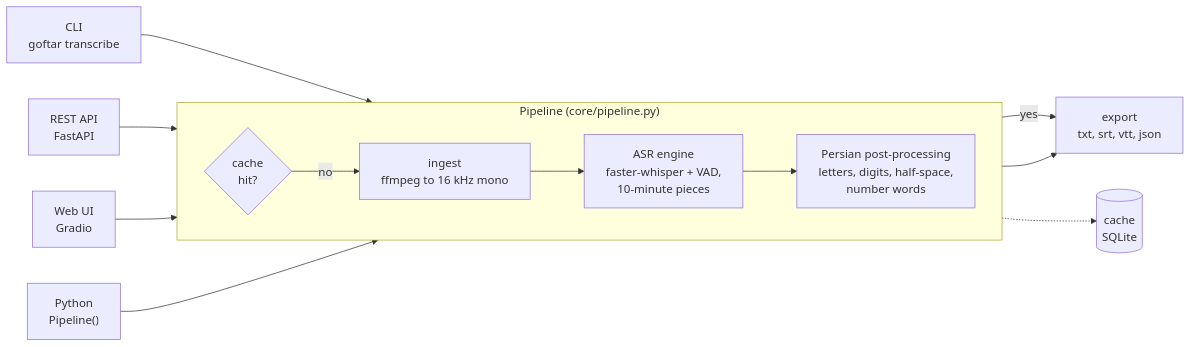
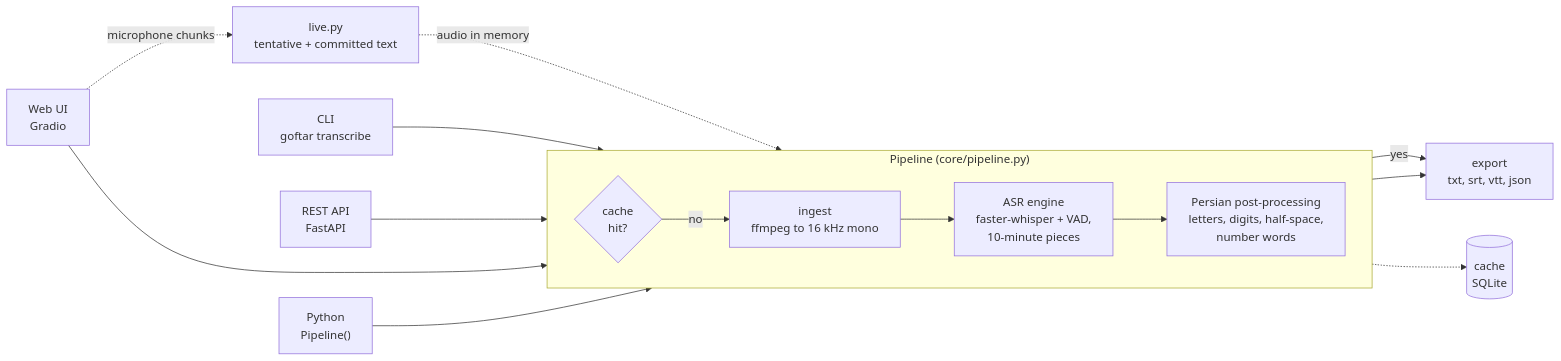
The diagram in README.md (sepideafshoon3/goftar), drawn with Mermaid before and after one commit. The commit also changed other lines of this file and 12 other files, not shown here.

Commit message:
feat(ui): redesign the web UI with live results and a microphone tab (#32)

````diff
--- a/README.md
+++ b/README.md
@@ -145,18 +166,20 @@
 ```mermaid
 flowchart LR
     CLI["CLI<br/>goftar transcribe"] --> P
     API["REST API<br/>FastAPI"] --> P
     UI["Web UI<br/>Gradio"] --> P
     LIB["Python<br/>Pipeline()"] --> P
 
     subgraph P["Pipeline (core/pipeline.py)"]
         direction LR
         C{"cache<br/>hit?"} -- no --> I["ingest<br/>ffmpeg to 16 kHz mono"]
         I --> E["ASR engine<br/>faster-whisper + VAD,<br/>10-minute pieces"]
         E --> N["Persian post-processing<br/>letters, digits, half-space,<br/>number words"]
     end
 
+    UI -. microphone chunks .-> L["live.py<br/>tentative + committed text"]
+    L -. audio in memory .-> E
     C -- yes --> X
     N --> X["export<br/>txt, srt, vtt, json"]
     N -.-> DB[("cache<br/>SQLite")]
 ```
````
